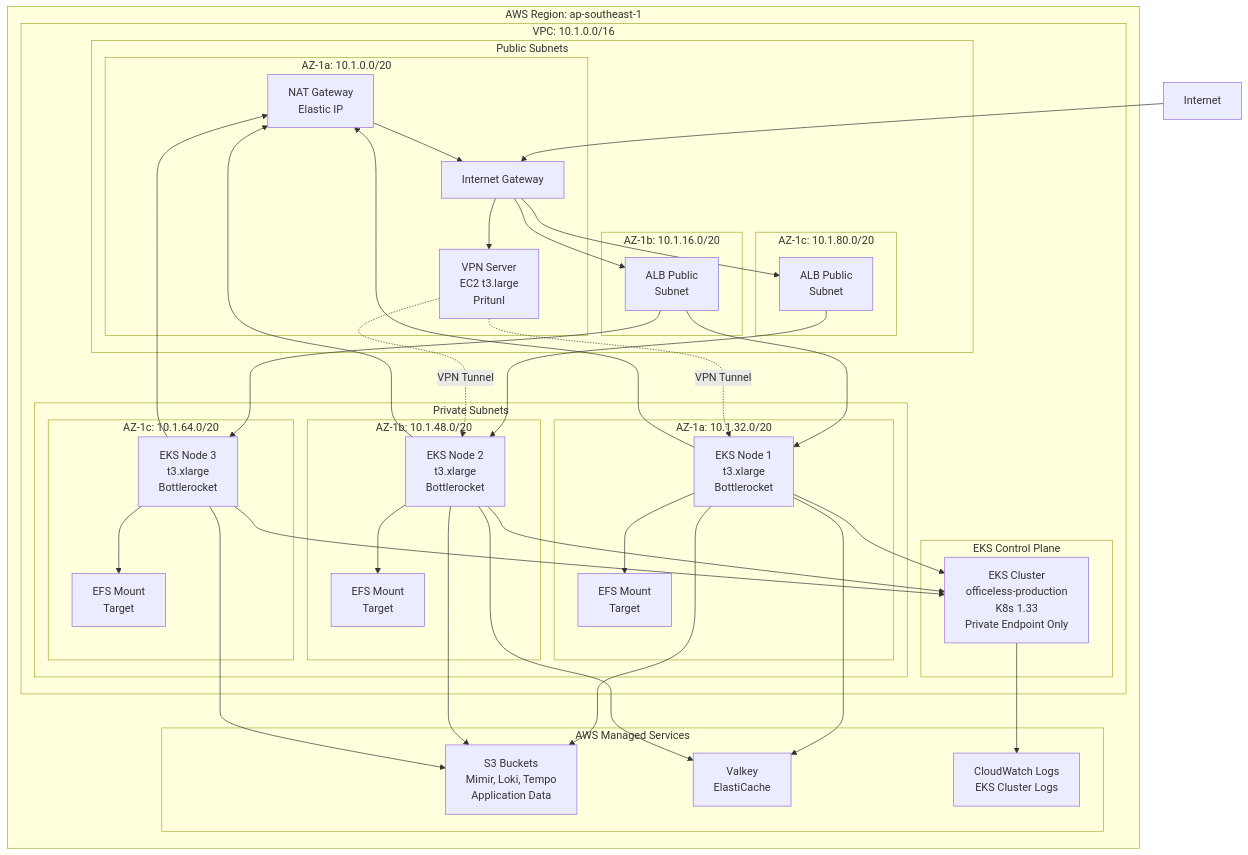
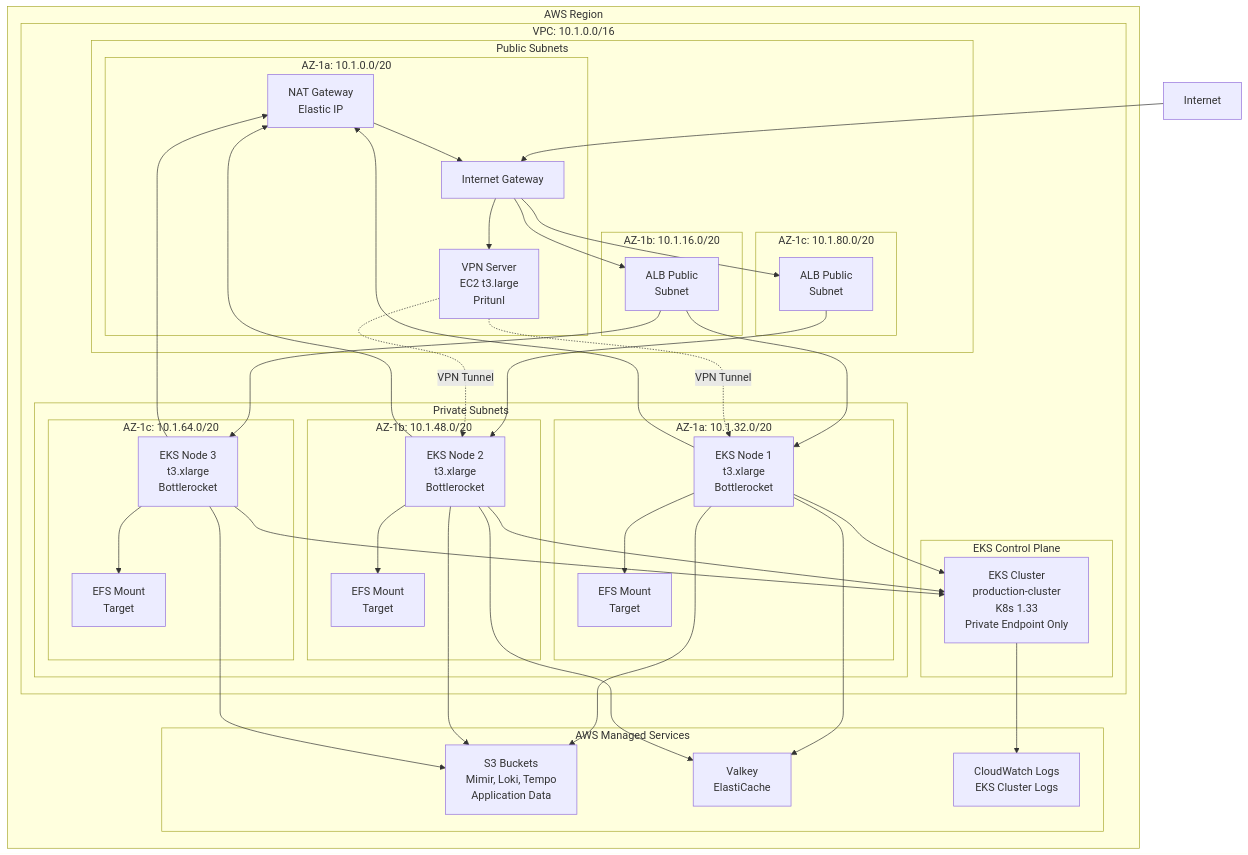
One commit to officeless-platform/officeless-platform changed the diagram in docs/03-deployment-architecture.md. Above: the diagram before and after it, drawn with Mermaid. The commit also changed other lines of this file and 11 other files, not shown here.

````diff
--- a/docs/03-deployment-architecture.md
+++ b/docs/03-deployment-architecture.md
@@ -15,79 +15,79 @@
 ```mermaid
 graph TB
-    subgraph "AWS Region: ap-southeast-1"
+    subgraph "AWS Region"
         subgraph "VPC: 10.1.0.0/16"
             subgraph "Public Subnets"
                 subgraph "AZ-1a: 10.1.0.0/20"
                     NAT[NAT Gateway<br/>Elastic IP]
                     IGW[Internet Gateway]
                     VPN_Instance[VPN Server<br/>EC2 t3.large<br/>Pritunl]
                 end
                 subgraph "AZ-1b: 10.1.16.0/20"
                     ALB_Public[ALB Public<br/>Subnet]
                 end
                 subgraph "AZ-1c: 10.1.80.0/20"
                     ALB_Public2[ALB Public<br/>Subnet]
                 end
             end
             
             subgraph "Private Subnets"
                 subgraph "AZ-1a: 10.1.32.0/20"
                     Node1[EKS Node 1<br/>t3.xlarge<br/>Bottlerocket]
                     EFS_Mount1[EFS Mount<br/>Target]
                 end
                 subgraph "AZ-1b: 10.1.48.0/20"
                     Node2[EKS Node 2<br/>t3.xlarge<br/>Bottlerocket]
                     EFS_Mount2[EFS Mount<br/>Target]
                 end
                 subgraph "AZ-1c: 10.1.64.0/20"
                     Node3[EKS Node 3<br/>t3.xlarge<br/>Bottlerocket]
                     EFS_Mount3[EFS Mount<br/>Target]
                 end
             end
             
             subgraph "EKS Control Plane"
-                EKS[EKS Cluster<br/>officeless-production<br/>K8s 1.33<br/>Private Endpoint Only]
+                EKS[EKS Cluster<br/>production-cluster<br/>K8s 1.33<br/>Private Endpoint Only]
             end
         end
         
         subgraph "AWS Managed Services"
             S3_Buckets[S3 Buckets<br/>Mimir, Loki, Tempo<br/>Application Data]
             Valkey_Service[Valkey<br/>ElastiCache]
             CloudWatch_Logs[CloudWatch Logs<br/>EKS Cluster Logs]
         end
     end
     
     Internet[Internet] --> IGW
     IGW --> ALB_Public
     IGW --> ALB_Public2
     IGW --> VPN_Instance
     
     ALB_Public --> Node1
     ALB_Public2 --> Node2
     ALB_Public --> Node3
     
     Node1 --> NAT
     Node2 --> NAT
     Node3 --> NAT
     NAT --> IGW
     
     Node1 --> EKS
     Node2 --> EKS
     Node3 --> EKS
     
     Node1 --> EFS_Mount1
     Node2 --> EFS_Mount2
     Node3 --> EFS_Mount3
     
     Node1 --> S3_Buckets
     Node2 --> S3_Buckets
     Node3 --> S3_Buckets
     
     Node1 --> Valkey_Service
     Node2 --> Valkey_Service
     
     EKS --> CloudWatch_Logs
     
     VPN_Instance -.VPN Tunnel.-> Node1
     VPN_Instance -.VPN Tunnel.-> Node2
 ```
````
